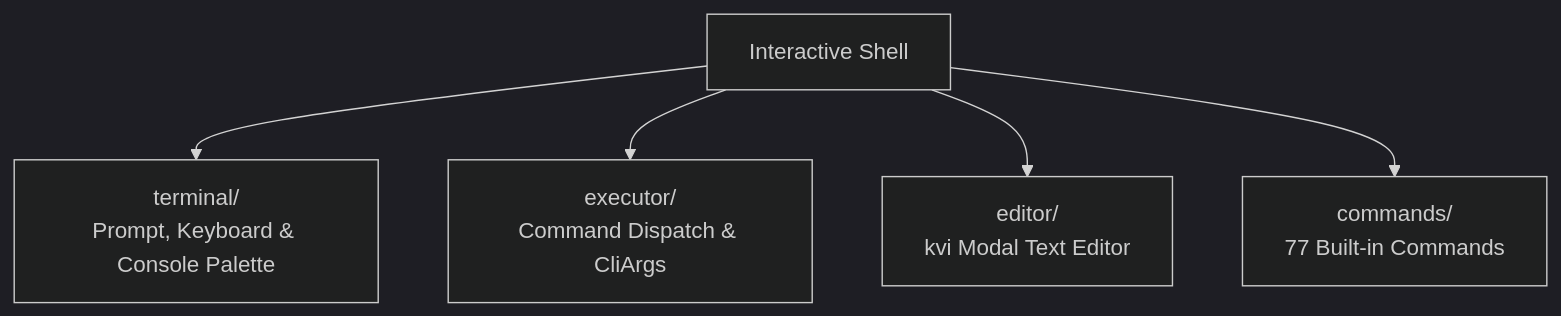
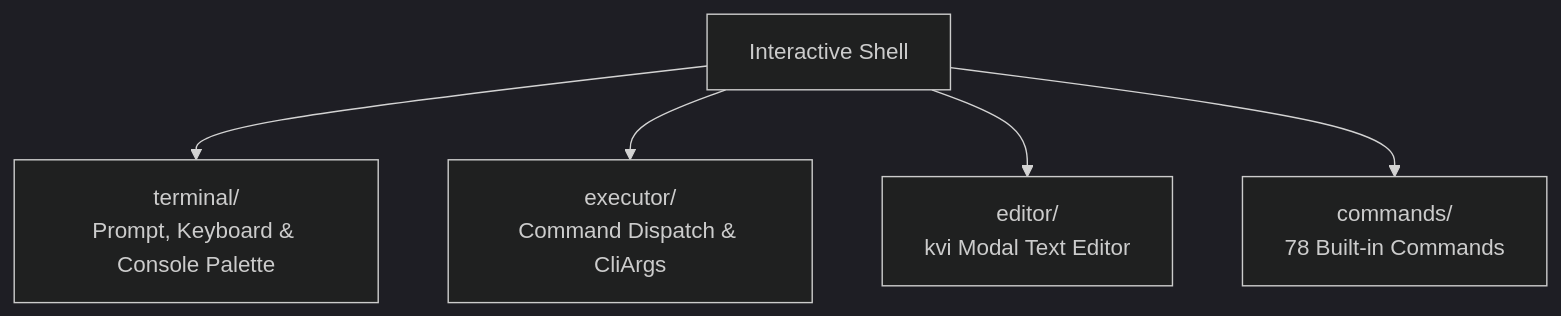
One commit to mrvlous/keira changed the diagram in docs/shell/README.md. Above: the diagram before and after it, drawn with Mermaid (dark theme). The commit also changed other lines of this file and 2 other files, not shown here.

Commit message:
docs(shell): update shell commands reference manual and index for 78 built-ins

````diff
--- a/docs/shell/README.md
+++ b/docs/shell/README.md
@@ -11,7 +11,7 @@
 ```mermaid
 graph TD
     Shell["Interactive Shell"] --> Terminal["terminal/<br/>Prompt, Keyboard & Console Palette"]
     Shell --> Executor["executor/<br/>Command Dispatch & CliArgs"]
     Shell --> Editor["editor/<br/>kvi Modal Text Editor"]
-    Shell --> Cmds["commands/<br/>77 Built-in Commands"]
+    Shell --> Cmds["commands/<br/>78 Built-in Commands"]
 ```
````
